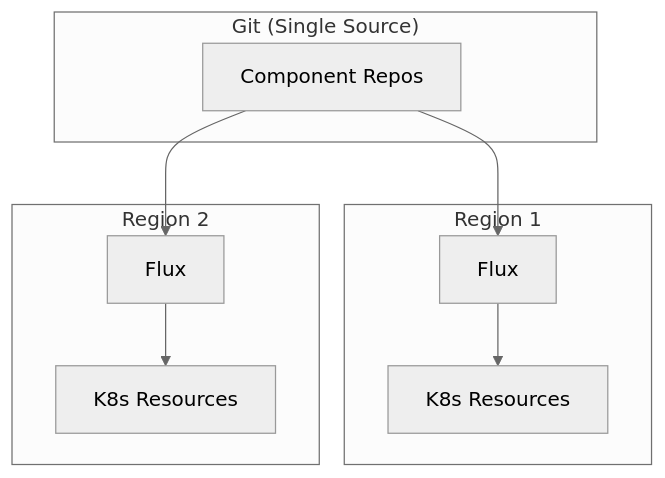
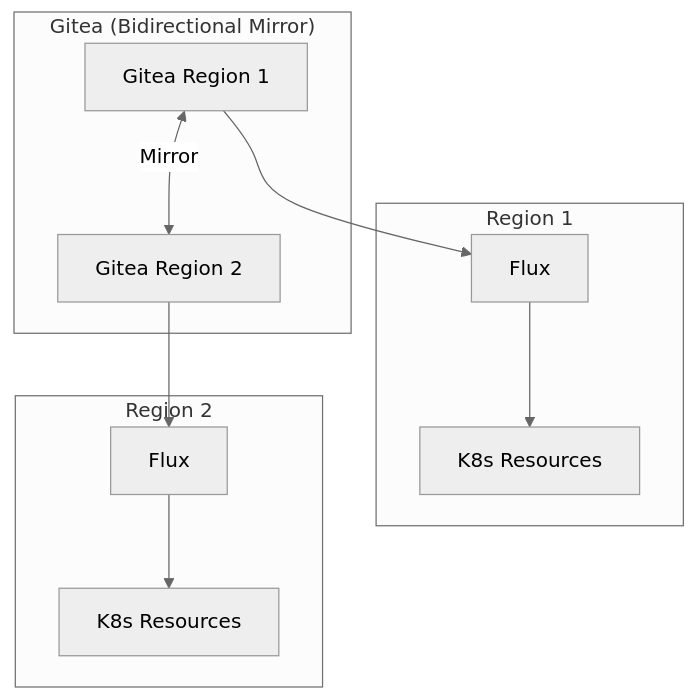
One commit to openova-io/flux changed the fourth of 4 diagrams in docs/ADR-FLUX-GITOPS.md. Above: the diagram before and after it, drawn with Mermaid (neutral theme). The commit also changed other lines of this file and 2 other files, not shown here.

First line of the commit message:
docs: update Flux structure for Gitea and Cilium

````diff
--- a/docs/ADR-FLUX-GITOPS.md
+++ b/docs/ADR-FLUX-GITOPS.md
@@ -150,21 +188,23 @@
 ```mermaid
 flowchart TB
-    subgraph Git["Git (Single Source)"]
-        Repo[Component Repos]
+    subgraph Gitea["Gitea (Bidirectional Mirror)"]
+        G1[Gitea Region 1]
+        G2[Gitea Region 2]
+        G1 <-->|"Mirror"| G2
     end
 
     subgraph Region1["Region 1"]
         Flux1[Flux]
         K8s1[K8s Resources]
     end
 
     subgraph Region2["Region 2"]
         Flux2[Flux]
         K8s2[K8s Resources]
     end
 
-    Repo --> Flux1
-    Repo --> Flux2
+    G1 --> Flux1
+    G2 --> Flux2
     Flux1 --> K8s1
     Flux2 --> K8s2
 ```
````
